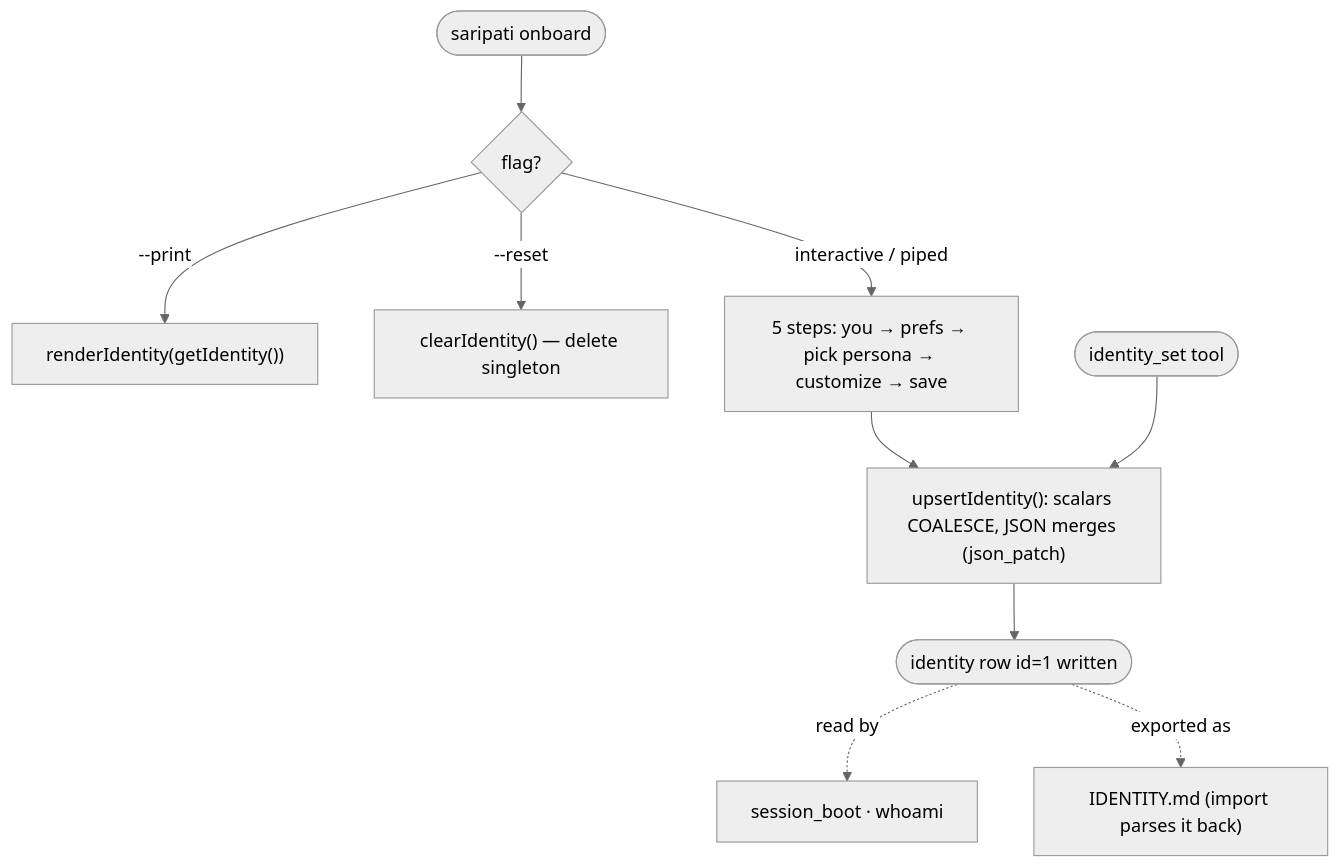
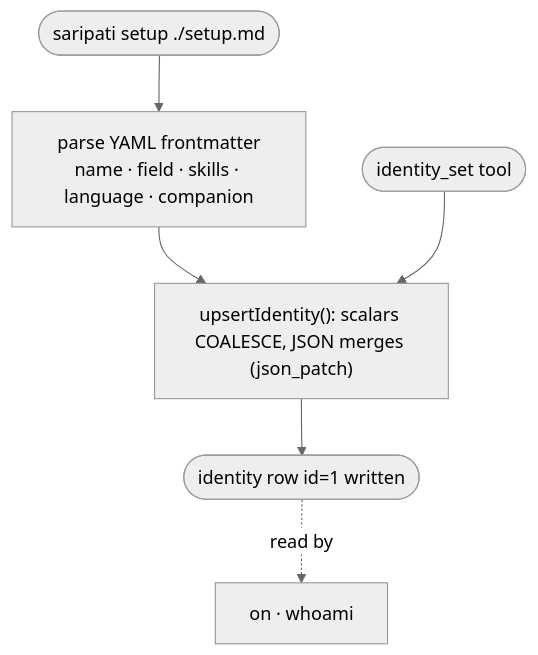
The fifth of 9 diagrams in docs/lifecycle.md (kyouscireul/saripati), drawn with Mermaid (neutral theme) before and after one commit. The commit also changed other lines of this file and 42 other files, not shown here.

````diff
--- a/docs/lifecycle.md
+++ b/docs/lifecycle.md
@@ -138,12 +135,8 @@
 ```mermaid
 flowchart TD
-    A([saripati onboard]) --> B{flag?}
-    B -->|"--print"| C["renderIdentity(getIdentity())"]
-    B -->|"--reset"| D["clearIdentity() — delete singleton"]
-    B -->|interactive / piped| E["5 steps: you → prefs → pick persona → customize → save"]
+    A([saripati setup ./setup.md]) --> E["parse YAML frontmatter\nname · field · skills · language · companion"]
     E --> F["upsertIdentity(): scalars COALESCE, JSON merges (json_patch)"]
     F --> G([identity row id=1 written])
-    G -.->|"read by"| H["session_boot · whoami"]
-    G -.->|"exported as"| I["IDENTITY.md (import parses it back)"]
+    G -.->|"read by"| H["on · whoami"]
     J([identity_set tool]) --> F
 ```
````
